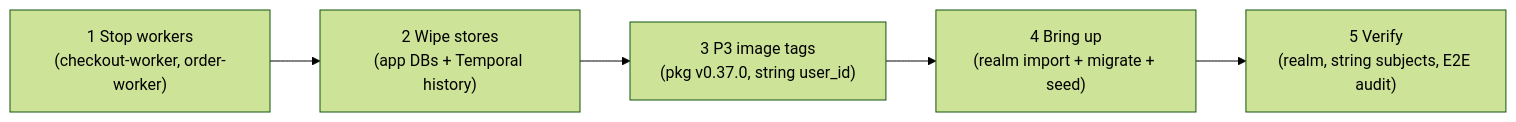
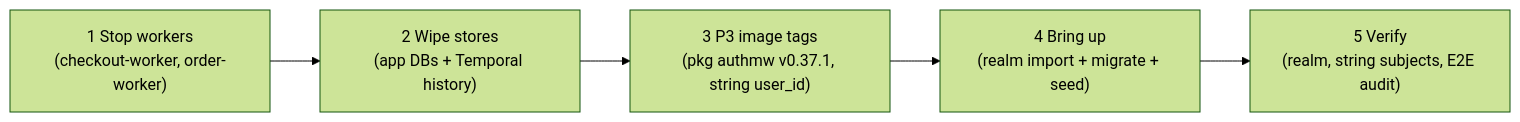
One commit to duynhlab/homelab changed the diagram in docs/platform/identity-cutover-runbook.md. Above: the diagram before and after it, drawn with Mermaid (forest theme). The commit also changed other lines of this file and 11 other files, not shown here.

````diff
--- a/docs/platform/identity-cutover-runbook.md
+++ b/docs/platform/identity-cutover-runbook.md
@@ -23,7 +24,7 @@
 ```mermaid
 flowchart LR
     stop["1 Stop workers<br/>(checkout-worker, order-worker)"] --> wipe["2 Wipe stores<br/>(app DBs + Temporal history)"]
-    wipe --> pin["3 P3 image tags<br/>(pkg v0.37.0, string user_id)"]
+    wipe --> pin["3 P3 image tags<br/>(pkg authmw v0.37.1, string user_id)"]
     pin --> up["4 Bring up<br/>(realm import + migrate + seed)"]
     up --> verify["5 Verify<br/>(realm, string subjects, E2E audit)"]
 ```
````
